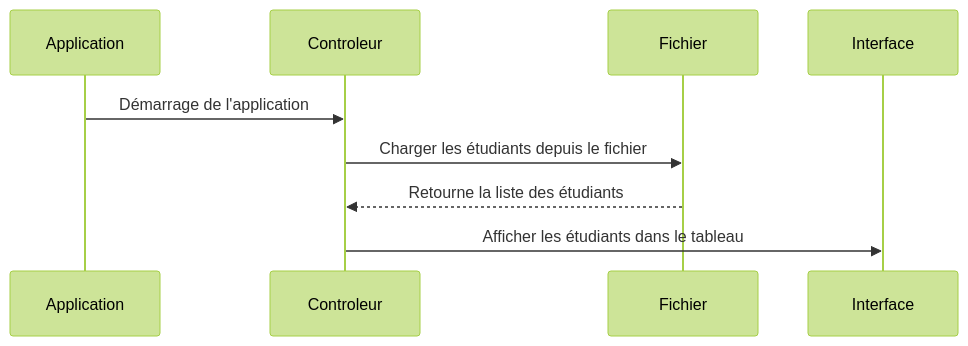
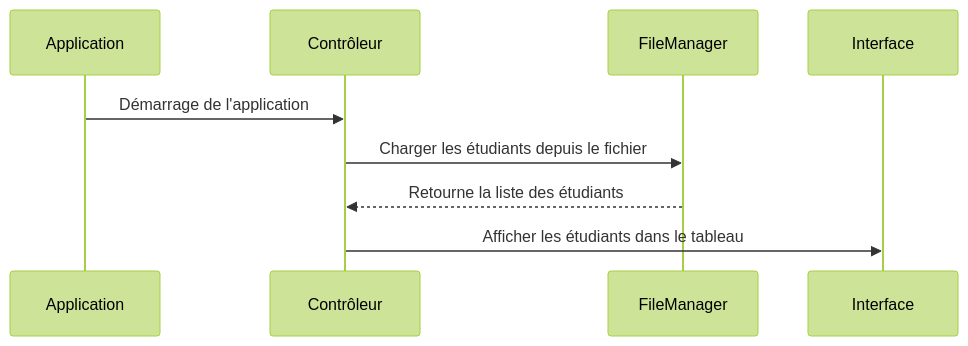
One commit to esibru/4prj1d-labos changed the second of 4 diagrams in docs/TD 01 - Interface utilisateur avec Scene Builder/ex03-tableview.md. Above: the diagram before and after it, drawn with Mermaid (forest theme). The commit also changed other lines of this file, not shown here.

Commit message:
Mise à jour des sequences du TD01

````diff
--- a/docs/TD 01 - Interface utilisateur avec Scene Builder/ex03-tableview.md
+++ b/docs/TD 01 - Interface utilisateur avec Scene Builder/ex03-tableview.md
@@ -146,13 +146,13 @@
 ```mermaid
 sequenceDiagram
     participant Application
-    participant Controleur
-    participant Fichier
+    participant Contrôleur
+    participant FileManager
     participant Interface
 
-    Application->>Controleur: Démarrage de l'application
-    Controleur->>Fichier: Charger les étudiants depuis le fichier
-    Fichier-->>Controleur: Retourne la liste des étudiants
-    Controleur->>Interface: Afficher les étudiants dans le tableau
+    Application->>Contrôleur: Démarrage de l'application
+    Contrôleur->>FileManager: Charger les étudiants depuis le fichier
+    FileManager-->>Contrôleur: Retourne la liste des étudiants
+    Contrôleur->>Interface: Afficher les étudiants dans le tableau
 
 ```
````
